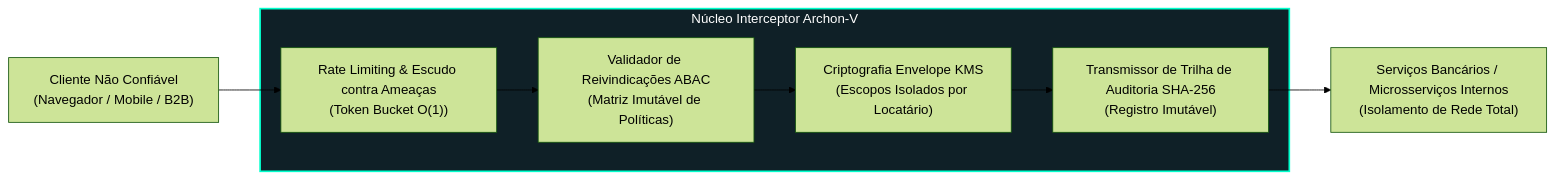
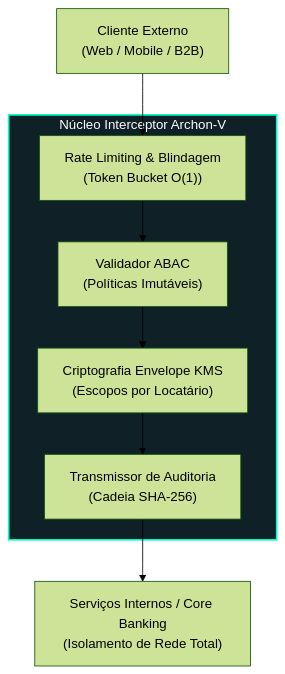
Before and after one commit to welzim19-star/archon-v: the diagram in README.pt-BR.md, drawn with Mermaid (forest theme). The commit also changed 1 other file, not shown here.

Commit message:
fix(diagram): convert flowchart LR to TD and replace escaped newlines with br tags to prevent box text clipping

````diff
--- a/README.pt-BR.md
+++ b/README.pt-BR.md
@@ -24,23 +24,23 @@
 ```mermaid
-flowchart LR
-    Client["Cliente Não Confiável\n(Navegador / Mobile / B2B)"] 
+flowchart TD
+    Client["Cliente Externo<br/>(Web / Mobile / B2B)"] 
     
     subgraph ARCHON_CORE["Núcleo Interceptor Archon-V"]
-        WAF["Rate Limiting & Escudo contra Ameaças\n(Token Bucket O(1))"]
-        ABAC["Validador de Reivindicações ABAC\n(Matriz Imutável de Políticas)"]
-        KMS["Criptografia Envelope KMS\n(Escopos Isolados por Locatário)"]
-        Audit["Transmissor de Trilha de Auditoria SHA-256\n(Registro Imutável)"]
+        WAF["Rate Limiting & Blindagem<br/>(Token Bucket O(1))"]
+        ABAC["Validador ABAC<br/>(Políticas Imutáveis)"]
+        KMS["Criptografia Envelope KMS<br/>(Escopos por Locatário)"]
+        Audit["Transmissor de Auditoria<br/>(Cadeia SHA-256)"]
         
         WAF --> ABAC
         ABAC --> KMS
         KMS --> Audit
     end
     
-    Upstream["Serviços Bancários / Microsserviços Internos\n(Isolamento de Rede Total)"]
+    Upstream["Serviços Internos / Core Banking<br/>(Isolamento de Rede Total)"]
 
     Client --> WAF
     Audit --> Upstream
     
     classDef secure fill:#0f2027,stroke:#00ffcc,stroke-width:2px,color:#fff;
     class ARCHON_CORE secure;
 ```
````
